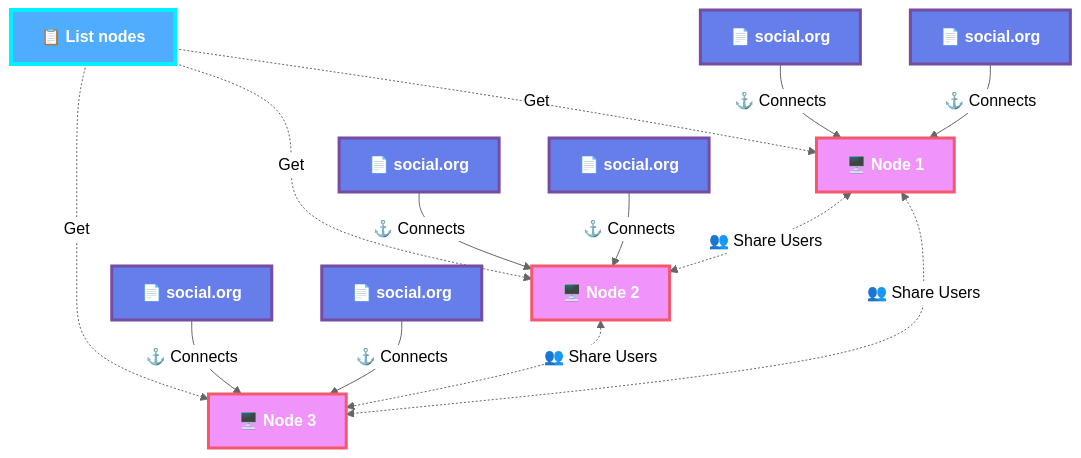
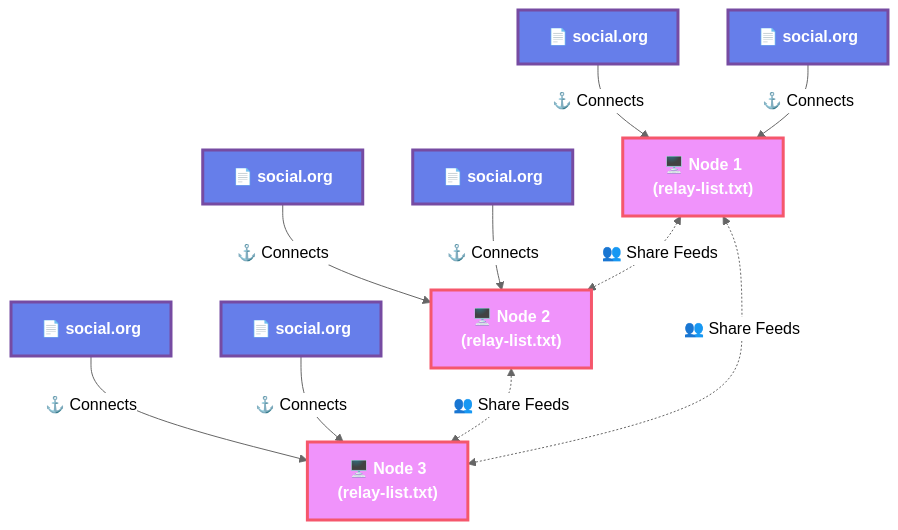
The diagram in README.md (tanrax/org-social-relay), drawn with Mermaid (neutral theme) before and after one commit. The commit also changed other lines of this file and 1 other file, not shown here.

Commit message:
Update diagram: remove centralized 'List nodes'
The relay list is now decentralized - each node maintains its own
local relay-list.txt file. Nodes share feeds directly with each other
in a P2P fashion, without needing a centralized list endpoint.

Changes:
- Remove 'List nodes' from mermaid diagram
- Add relay-list.txt notation to each node
- Update 'Share Users' to 'Share Feeds' for accuracy
- Simplify Concepts section to reflect decentralized architecture

````diff
--- a/README.md
+++ b/README.md
@@ -7,43 +7,35 @@
 ```mermaid
 graph TD
-    List["📋 List nodes"]
-    Node1["🖥️ Node 1"]
-    Node2["🖥️ Node 2"]
-    Node3["🖥️ Node 3"]
+    Node1["🖥️ Node 1<br/>(relay-list.txt)"]
+    Node2["🖥️ Node 2<br/>(relay-list.txt)"]
+    Node3["🖥️ Node 3<br/>(relay-list.txt)"]
 
     %% Social.org instances with icons
     Social1_1["📄 social.org"]
     Social1_2["📄 social.org"]
     Social2_1["📄 social.org"]
     Social2_2["📄 social.org"]
     Social3_1["📄 social.org"]
     Social3_2["📄 social.org"]
-
-    %% Parent-child connections with labels
-    List -.->|"Get"| Node1
-    List -.->|"Get"| Node2
-    List -.->|"Get"| Node3
 
     %% Node to social.org connections
     Social1_1 -->|"⚓ Connects"| Node1
     Social1_2 -->|"⚓ Connects"| Node1
     Social2_1 -->|"⚓ Connects"| Node2
     Social2_2 -->|"⚓ Connects"| Node2
     Social3_1 -->|"⚓ Connects"| Node3
     Social3_2 -->|"⚓ Connects"| Node3
 
     %% Bidirectional connections between nodes
-    Node1 <-.->|"👥 Share Users"| Node2
-    Node2 <-.->|"👥 Share Users"| Node3
-    Node1 <-.->|"👥 Share Users"| Node3
+    Node1 <-.->|"👥 Share Feeds"| Node2
+    Node2 <-.->|"👥 Share Feeds"| Node3
+    Node1 <-.->|"👥 Share Feeds"| Node3
 
     %% Modern color scheme with gradients
     classDef socialStyle fill:#667eea,stroke:#764ba2,stroke-width:3px,color:#fff,font-weight:bold
     classDef nodeStyle fill:#f093fb,stroke:#f5576c,stroke-width:3px,color:#fff,font-weight:bold
-    classDef listStyle fill:#4facfe,stroke:#00f2fe,stroke-width:4px,color:#fff,font-weight:bold
 
     %% Apply styles
     class Social1_1,Social1_2,Social2_1,Social2_2,Social3_1,Social3_2 socialStyle
     class Node1,Node2,Node3 nodeStyle
-    class List listStyle
 ```
````
